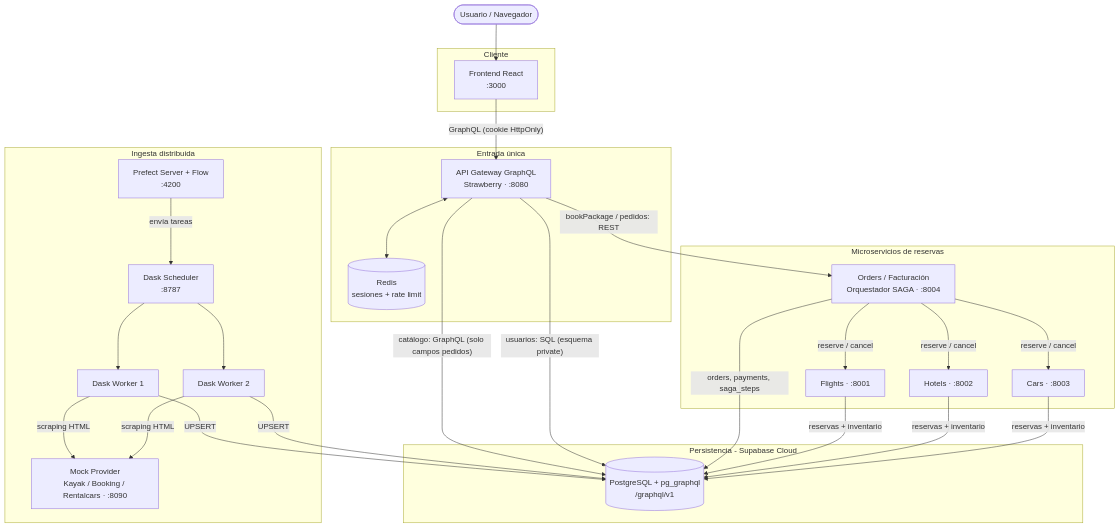
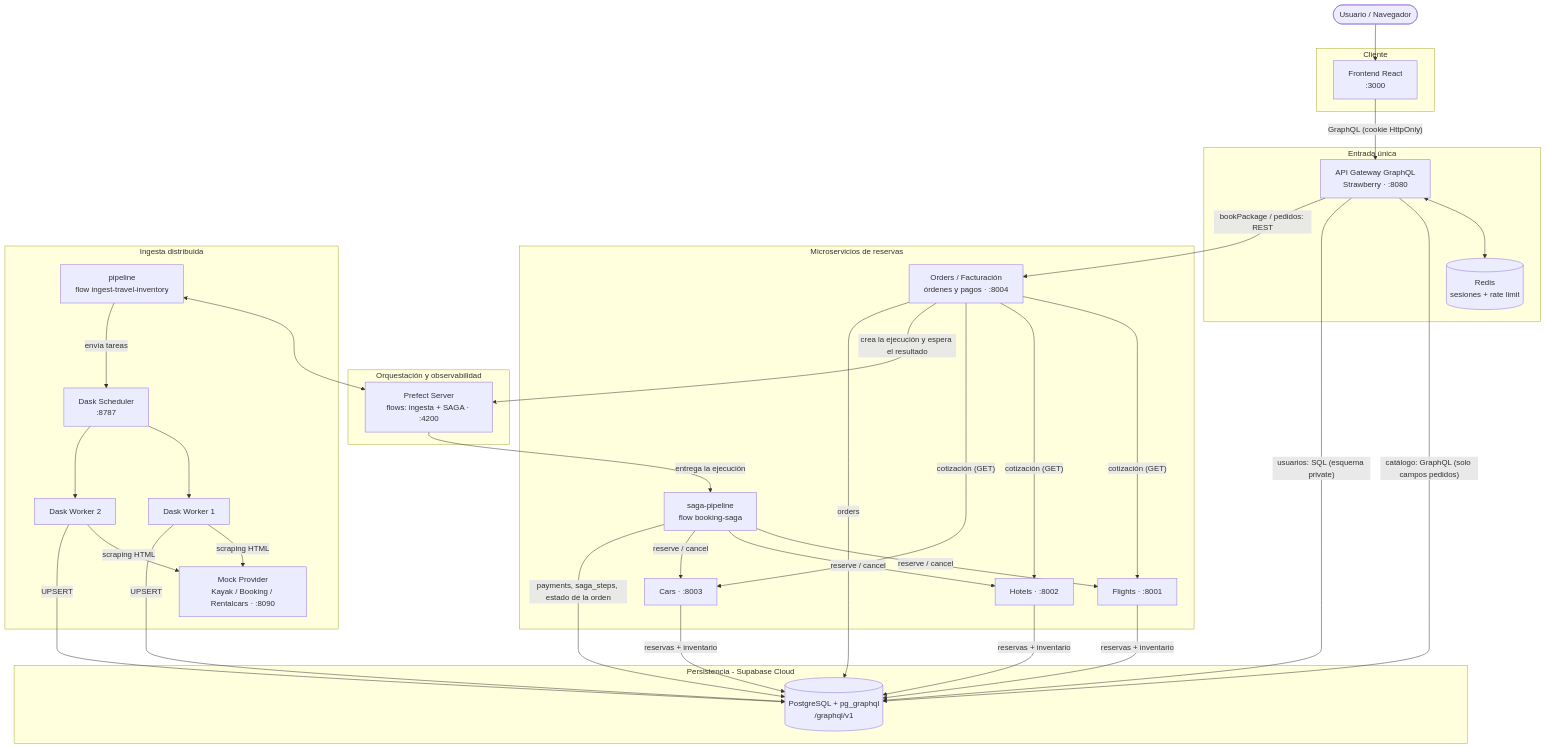
Before and after one commit to cdmendez25/wandersync-travel-platform: the first of 7 diagrams in docs/ARQUITECTURA.md, drawn with Mermaid. The commit also changed other lines of this file and 18 other files, not shown here.

````diff
--- a/docs/ARQUITECTURA.md
+++ b/docs/ARQUITECTURA.md
@@ -59,46 +59,56 @@
 ```mermaid
 flowchart TB
     user([Usuario / Navegador])
 
     subgraph cliente[Cliente]
         fe["Frontend React<br/>:3000"]
     end
 
     subgraph entrada[Entrada única]
         gw["API Gateway GraphQL<br/>Strawberry · :8080"]
         redis[("Redis<br/>sesiones + rate limit")]
     end
 
     subgraph servicios[Microservicios de reservas]
-        orders["Orders / Facturación<br/>Orquestador SAGA · :8004"]
+        orders["Orders / Facturación<br/>órdenes y pagos · :8004"]
+        saga["saga-pipeline<br/>flow booking-saga"]
         flights["Flights · :8001"]
         hotels["Hotels · :8002"]
         cars["Cars · :8003"]
     end
 
     subgraph datos[Persistencia - Supabase Cloud]
         pg[("PostgreSQL + pg_graphql<br/>/graphql/v1")]
     end
 
+    subgraph orquesta[Orquestación y observabilidad]
+        prefect["Prefect Server<br/>flows: ingesta + SAGA · :4200"]
+    end
+
     subgraph ingesta[Ingesta distribuida]
-        prefect["Prefect Server + Flow<br/>:4200"]
+        pipe["pipeline<br/>flow ingest-travel-inventory"]
         sched["Dask Scheduler<br/>:8787"]
         w1["Dask Worker 1"]
         w2["Dask Worker 2"]
         mock["Mock Provider<br/>Kayak / Booking / Rentalcars · :8090"]
     end
 
     user --> fe
     fe -- "GraphQL (cookie HttpOnly)" --> gw
     gw <--> redis
     gw -- "catálogo: GraphQL (solo campos pedidos)" --> pg
     gw -- "usuarios: SQL (esquema private)" --> pg
     gw -- "bookPackage / pedidos: REST" --> orders
-    orders -- "reserve / cancel" --> flights & hotels & cars
-    orders -- "orders, payments, saga_steps" --> pg
+    orders -- "cotización (GET)" --> flights & hotels & cars
+    orders -- "crea la ejecución y espera el resultado" --> prefect
+    prefect -- "entrega la ejecución" --> saga
+    saga -- "reserve / cancel" --> flights & hotels & cars
+    saga -- "payments, saga_steps, estado de la orden" --> pg
+    orders -- "orders" --> pg
     flights & hotels & cars -- "reservas + inventario" --> pg
-    prefect -- "envía tareas" --> sched
+    pipe <--> prefect
+    pipe -- "envía tareas" --> sched
     sched --> w1 & w2
     w1 & w2 -- "scraping HTML" --> mock
     w1 & w2 -- "UPSERT" --> pg
 ```
````
